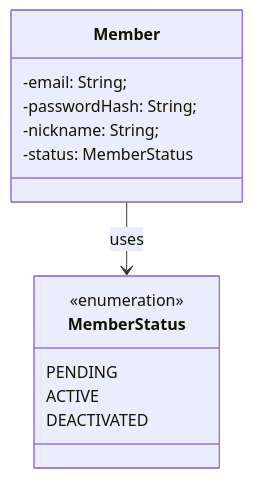
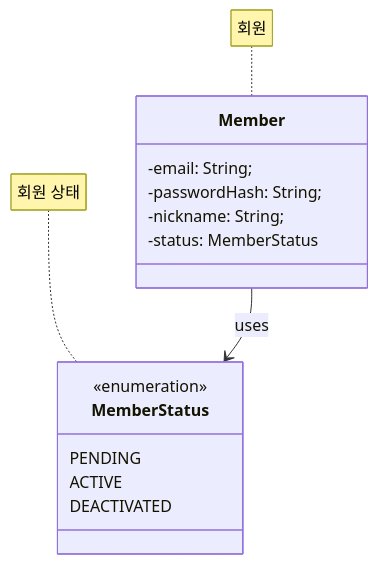
The diagram in docs/domain/members/entities.md (bob-park/study-splearn), drawn with Mermaid before and after one commit. The commit also changed 2 other files, not shown here.

Commit message:
feat: 먼가 수정

````diff
--- a/docs/domain/members/entities.md
+++ b/docs/domain/members/entities.md
@@ -12,22 +12,21 @@
 ```mermaid
 classDiagram
-%% 회원 상태
+    
+    note for MemberStatus "회원 상태"
     class MemberStatus {
         <<enumeration>>
         PENDING
         ACTIVE
         DEACTIVATED
     }
 
-%% 회원
+    note for Member "회원"
     class Member {
         -email: String;
         -passwordHash: String;
         -nickname: String;
         -status: MemberStatus
-        
     }
-    
 
     Member --> MemberStatus: uses
 ```
````
